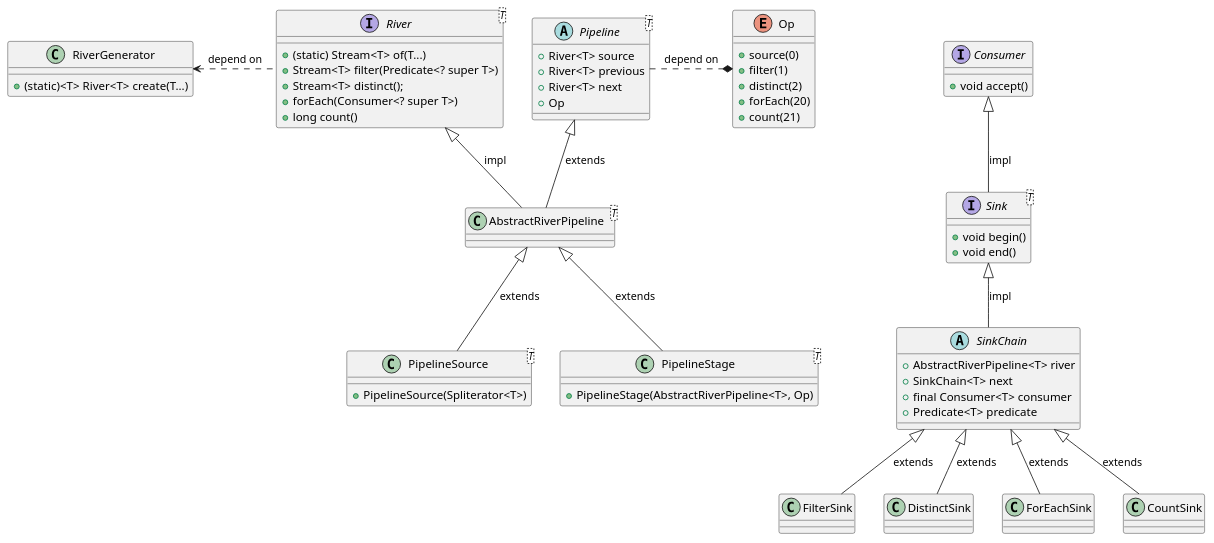
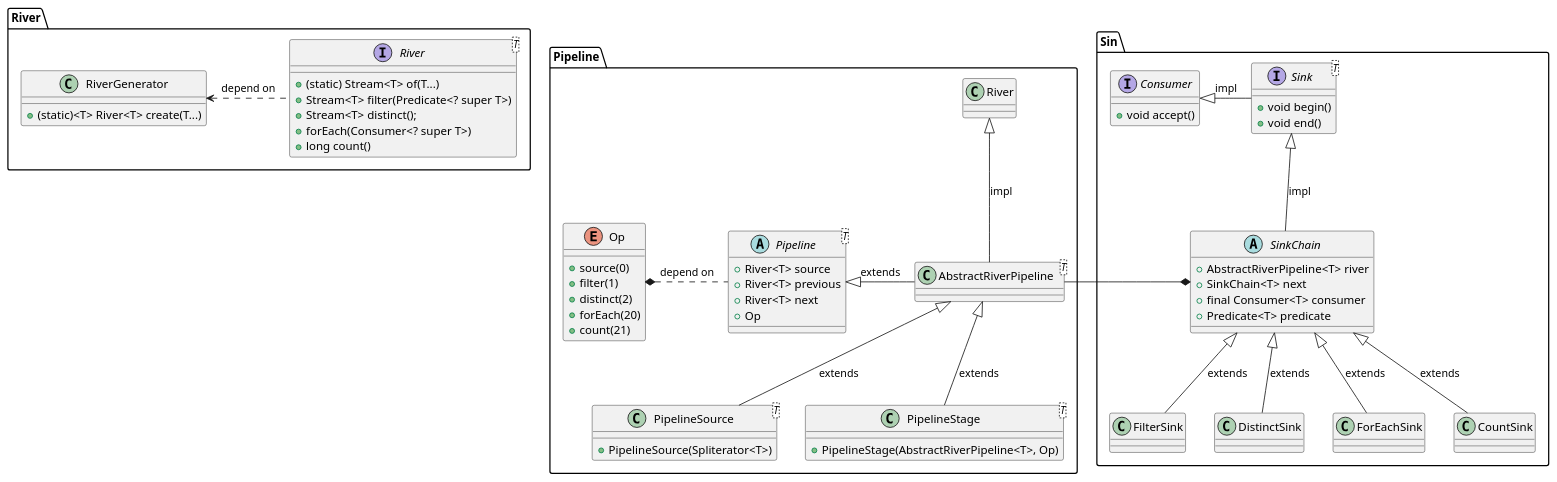
One commit to zexho994/River changed the diagram in docs/自制/类图.puml. Above: the diagram before and after it, drawn with PlantUML. The commit also changed 1 other file, not shown here.

```diff
--- a/docs/自制/类图.puml
+++ b/docs/自制/类图.puml
@@ -1,72 +1,79 @@
 @startuml
 
-interface River<T>{
-    + (static) Stream<T> of(T...)
-    + Stream<T> filter(Predicate<? super T>)
-    + Stream<T> distinct();
-    + forEach(Consumer<? super T>)
-    + long count()
+package River{
+    interface River<T>{
+        + (static) Stream<T> of(T...)
+        + Stream<T> filter(Predicate<? super T>)
+        + Stream<T> distinct();
+        + forEach(Consumer<? super T>)
+        + long count()
+    }
+
+    class RiverGenerator{
+        + (static)<T> River<T> create(T...)
+    }
+    River .left.> RiverGenerator : depend on
 }
 
-class RiverGenerator{
-    + (static)<T> River<T> create(T...)
+
+package Pipeline{
+    abstract Pipeline<T>{
+        + River<T> source
+        + River<T> previous
+        + River<T> next
+        + Op
+    }
+    Pipeline .left* Op : depend on
+
+    class AbstractRiverPipeline<T>{}
+    River <|-down- AbstractRiverPipeline : impl
+    Pipeline <|- AbstractRiverPipeline : extends
+
+    class PipelineSource<T>{
+        + PipelineSource(Spliterator<T>)
+    }
+    class PipelineStage<T>{
+        + PipelineStage(AbstractRiverPipeline<T>, Op)
+    }
+    AbstractRiverPipeline<|-down- PipelineSource : extends
+    AbstractRiverPipeline <|-down- PipelineStage : extends
+
+    enum Op{
+        + source(0)
+        + filter(1)
+        + distinct(2)
+        + forEach(20)
+        + count(21)
+    }
 }
 
-River .left.> RiverGenerator : depend on
+package Sin{
+    interface Consumer{
+        + void accept()
+    }
+    interface Sink<T>{
+        + void begin()
+        + void end()
+    }
+    Consumer <|- Sink : impl
 
-abstract Pipeline<T>{
-    + River<T> source
-    + River<T> previous
-    + River<T> next
-    + Op
-}
-Pipeline .* Op : depend on
+    abstract SinkChain{
+        + AbstractRiverPipeline<T> river
+        + SinkChain<T> next
+        + final Consumer<T> consumer
+        + Predicate<T> predicate
+    }
+    Sink <|-- SinkChain : impl
+    SinkChain *- AbstractRiverPipeline
 
-class AbstractRiverPipeline<T>{}
-River <|-- AbstractRiverPipeline : impl
-Pipeline <|-- AbstractRiverPipeline : extends
-
-class PipelineSource<T>{
-    + PipelineSource(Spliterator<T>)
-}
-class PipelineStage<T>{
-    + PipelineStage(AbstractRiverPipeline<T>, Op)
-}
-AbstractRiverPipeline<|-- PipelineSource : extends
-AbstractRiverPipeline <|-- PipelineStage : extends
-
-enum Op{
-    + source(0)
-    + filter(1)
-    + distinct(2)
-    + forEach(20)
-    + count(21)
+    class FilterSink{}
+    class DistinctSink{}
+    class ForEachSink{}
+    class CountSink{}
+    SinkChain <|-- FilterSink : extends
+    SinkChain <|-- DistinctSink : extends
+    SinkChain <|-- ForEachSink : extends
+    SinkChain <|-- CountSink : extends
 }
 
-interface Consumer{
-    + void accept()
-}
-interface Sink<T>{
-    + void begin()
-    + void end()
-}
-Consumer <|-- Sink : impl
-
-abstract SinkChain{
-    + AbstractRiverPipeline<T> river
-    + SinkChain<T> next
-    + final Consumer<T> consumer
-    + Predicate<T> predicate
-}
-Sink <|-- SinkChain : impl
-
-class FilterSink{}
-class DistinctSink{}
-class ForEachSink{}
-class CountSink{}
-SinkChain <|-- FilterSink : extends
-SinkChain <|-- DistinctSink : extends
-SinkChain <|-- ForEachSink : extends
-SinkChain <|-- CountSink : extends
-
 @enduml
```
